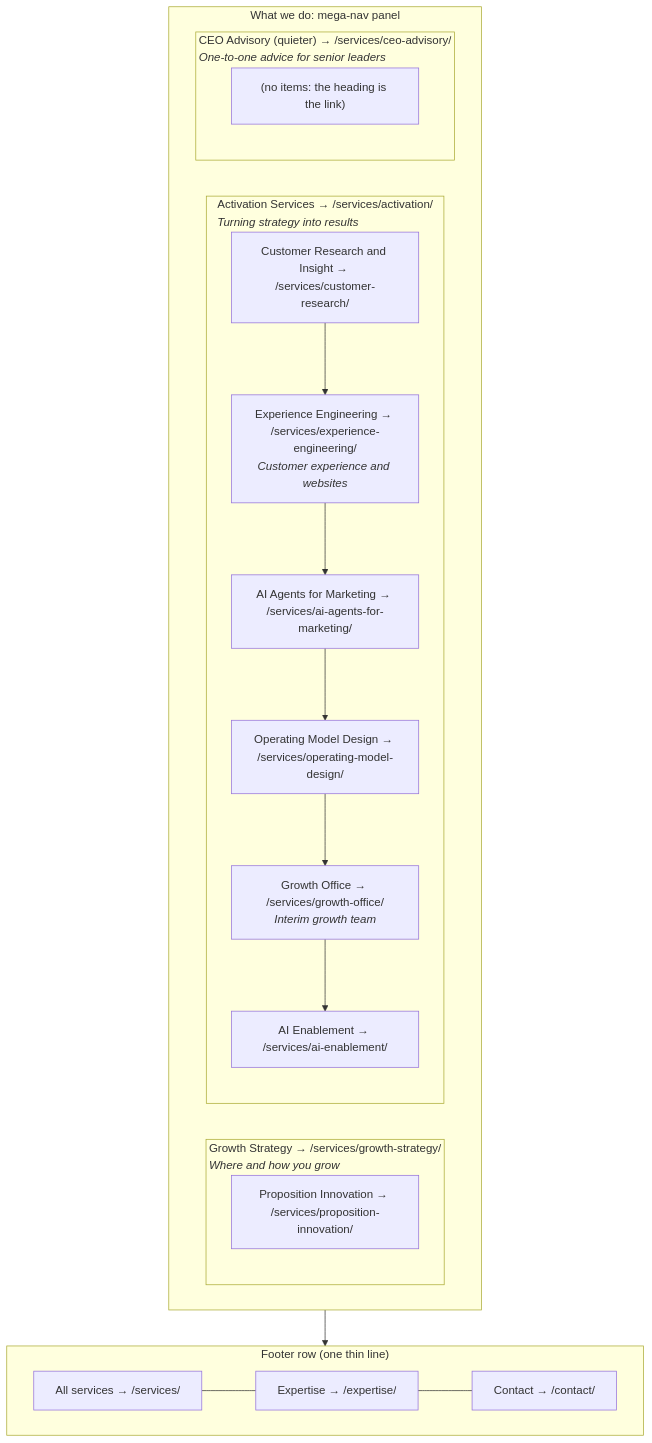
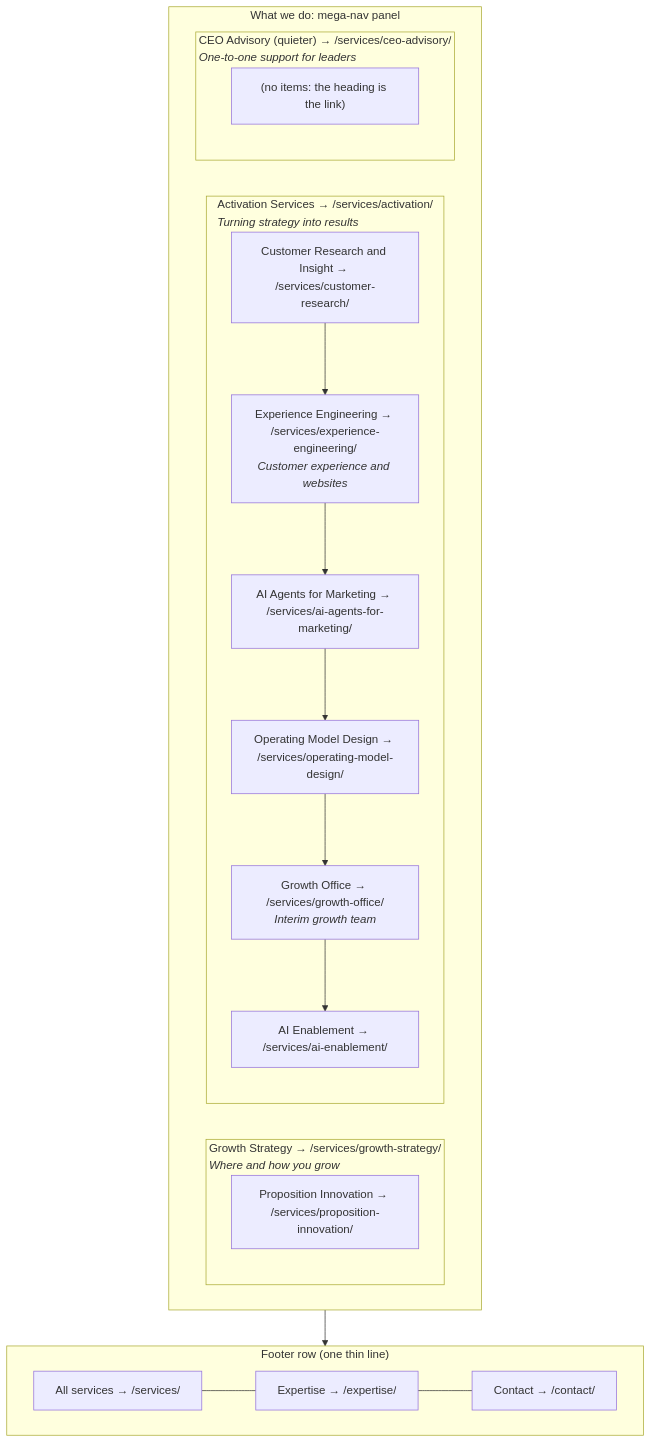
One commit to gsdd/temp-manifesto-ia changed the second of 6 diagrams in docs/diagrams/mega-nav.md. Above: the diagram before and after it, drawn with Mermaid. The commit also changed other lines of this file and 8 other files, not shown here.

Commit message:
v4 pillar line for CEO Advisory shortened to four words; panel word count and destination count corrected in docs

````diff
--- a/docs/diagrams/mega-nav.md
+++ b/docs/diagrams/mega-nav.md
@@ -22,37 +22,37 @@
 ```mermaid
 flowchart TB
     subgraph Panel["What we do: mega-nav panel"]
         direction LR
 
         subgraph C1["Growth Strategy → /services/growth-strategy/<br/><i>Where and how you grow</i>"]
             direction TB
             C1a["Proposition Innovation → /services/proposition-innovation/"]
         end
 
         subgraph C2["Activation Services → /services/activation/<br/><i>Turning strategy into results</i>"]
             direction TB
             C2a["Customer Research and Insight → /services/customer-research/"]
             C2b["Experience Engineering → /services/experience-engineering/<br/><i>Customer experience and websites</i>"]
             C2c["AI Agents for Marketing → /services/ai-agents-for-marketing/"]
             C2d["Operating Model Design → /services/operating-model-design/"]
             C2e["Growth Office → /services/growth-office/<br/><i>Interim growth team</i>"]
             C2f["AI Enablement → /services/ai-enablement/"]
             C2a --> C2b --> C2c --> C2d --> C2e --> C2f
         end
 
-        subgraph C3["CEO Advisory (quieter) → /services/ceo-advisory/<br/><i>One-to-one advice for senior leaders</i>"]
+        subgraph C3["CEO Advisory (quieter) → /services/ceo-advisory/<br/><i>One-to-one support for leaders</i>"]
             direction TB
             C3a["(no items: the heading is the link)"]
         end
     end
 
     subgraph Row["Footer row (one thin line)"]
         direction LR
         R1["All services → /services/"]
         R2["Expertise → /expertise/"]
         R3["Contact → /contact/"]
         R1 --- R2 --- R3
     end
 
     Panel --> Row
 ```
````
